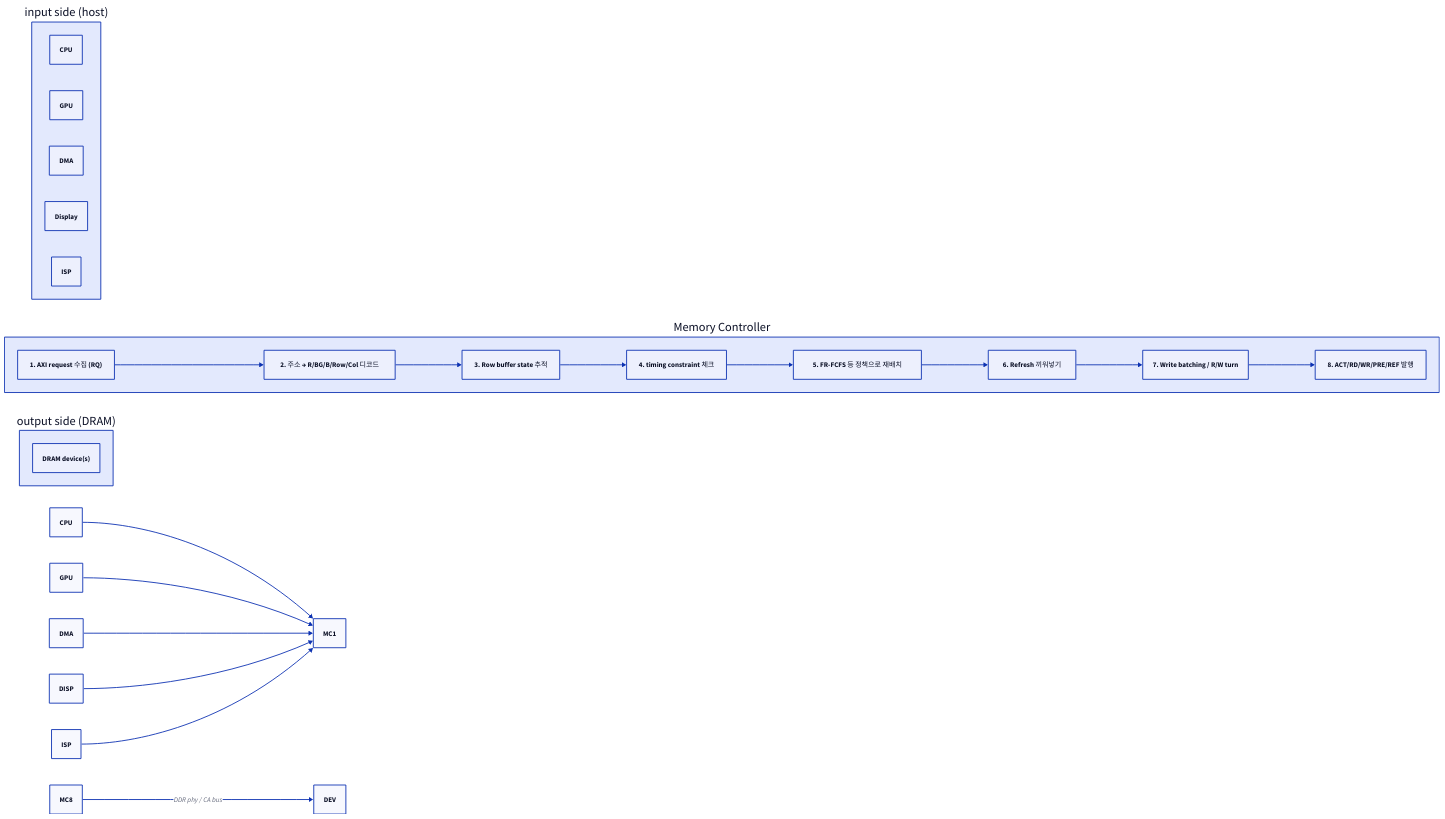
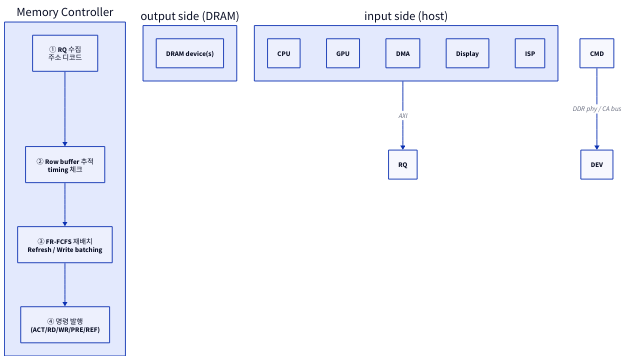
One commit to humbleowl39/DV_SKOOL changed the first of 3 diagrams in topics/dram_ddr/docs/02_memory_controller.md. Above: the diagram before and after it, drawn with D2. The commit also changed other lines of this file and 90 other files, not shown here.

First line of the commit message:
docs: 전 토픽 다이어그램 정비 — ASCII→D2, mermaid→D2, 과대 D2 가시성 수정

````diff
--- a/topics/dram_ddr/docs/02_memory_controller.md
+++ b/topics/dram_ddr/docs/02_memory_controller.md
@@ -74,39 +74,27 @@
 ```d2
-direction: right
+direction: down
 
 HOST: "input side (host)" {
-  direction: down
+  direction: right
   CPU: "CPU"
   GPU: "GPU"
   DMA: "DMA"
   DISP: "Display"
   ISP: "ISP"
 }
 MC: "Memory Controller" {
   direction: down
-  MC1: "1. AXI request 수집 (RQ)"
-  MC2: "2. 주소 → R/BG/B/Row/Col 디코드"
-  MC3: "3. Row buffer state 추적"
-  MC4: "4. timing constraint 체크"
-  MC5: "5. FR-FCFS 등 정책으로 재배치"
-  MC6: "6. Refresh 끼워넣기"
-  MC7: "7. Write batching / R/W turn"
-  MC8: "8. ACT/RD/WR/PRE/REF 발행"
-  MC1 -> MC2
-  MC2 -> MC3
-  MC3 -> MC4
-  MC4 -> MC5
-  MC5 -> MC6
-  MC6 -> MC7
-  MC7 -> MC8
+  RQ: "① RQ 수집\n주소 디코드"
+  SCH: "② Row buffer 추적\ntiming 체크"
+  OPT: "③ FR-FCFS 재배치\nRefresh / Write batching"
+  CMD: "④ 명령 발행\n(ACT/RD/WR/PRE/REF)"
+  RQ -> SCH
+  SCH -> OPT
+  OPT -> CMD
 }
 DRAM: "output side (DRAM)" {
   DEV: "DRAM device(s)"
 }
-CPU -> MC1
-GPU -> MC1
-DMA -> MC1
-DISP -> MC1
-ISP -> MC1
-MC8 -> DEV: "DDR phy / CA bus"
+HOST -> RQ: "AXI"
+CMD -> DEV: "DDR phy / CA bus"
 ```
````
